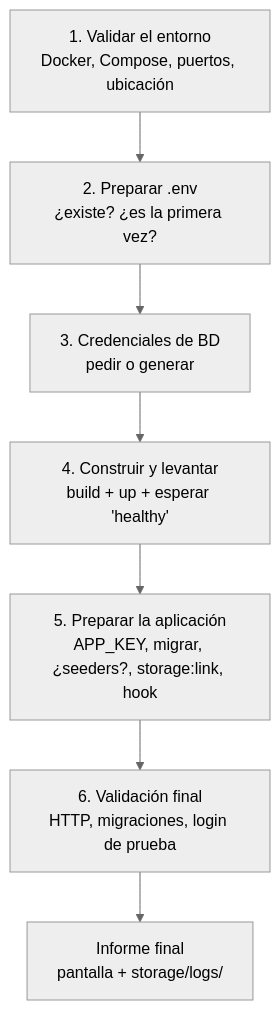
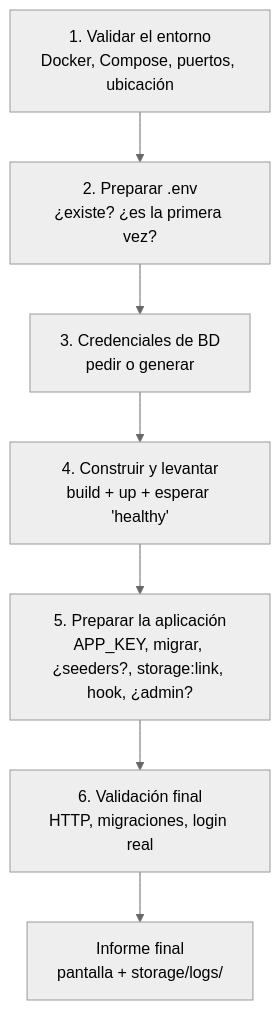
One commit to stivenfon97/gestor-tareas changed the diagram in docs/07-despliegue.md. Above: the diagram before and after it, drawn with Mermaid (neutral theme). The commit also changed other lines of this file and 6 other files, not shown here.

````diff
--- a/docs/07-despliegue.md
+++ b/docs/07-despliegue.md
@@ -30,9 +30,9 @@
 ```mermaid
 graph TD
     F1["1. Validar el entorno<br/>Docker, Compose, puertos, ubicación"] --> F2["2. Preparar .env<br/>¿existe? ¿es la primera vez?"]
     F2 --> F3["3. Credenciales de BD<br/>pedir o generar"]
     F3 --> F4["4. Construir y levantar<br/>build + up + esperar 'healthy'"]
-    F4 --> F5["5. Preparar la aplicación<br/>APP_KEY, migrar, ¿seeders?, storage:link, hook"]
-    F5 --> F6["6. Validación final<br/>HTTP, migraciones, login de prueba"]
+    F4 --> F5["5. Preparar la aplicación<br/>APP_KEY, migrar, ¿seeders?, storage:link, hook, ¿admin?"]
+    F5 --> F6["6. Validación final<br/>HTTP, migraciones, login real"]
     F6 --> Informe["Informe final<br/>pantalla + storage/logs/"]
 ```
````
